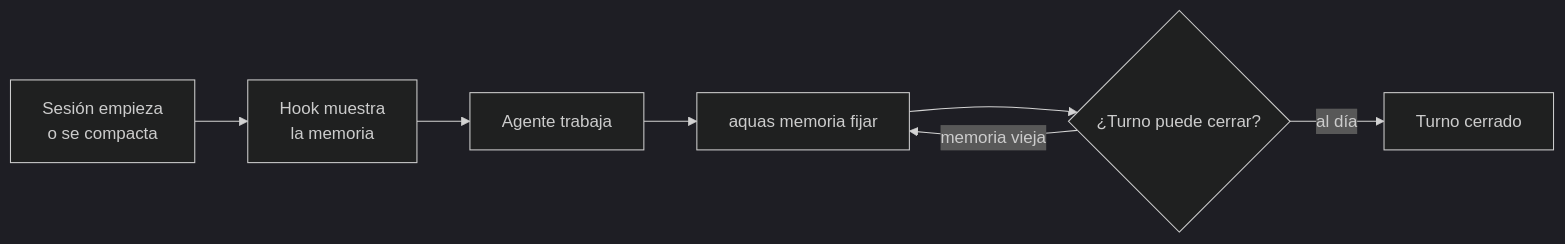
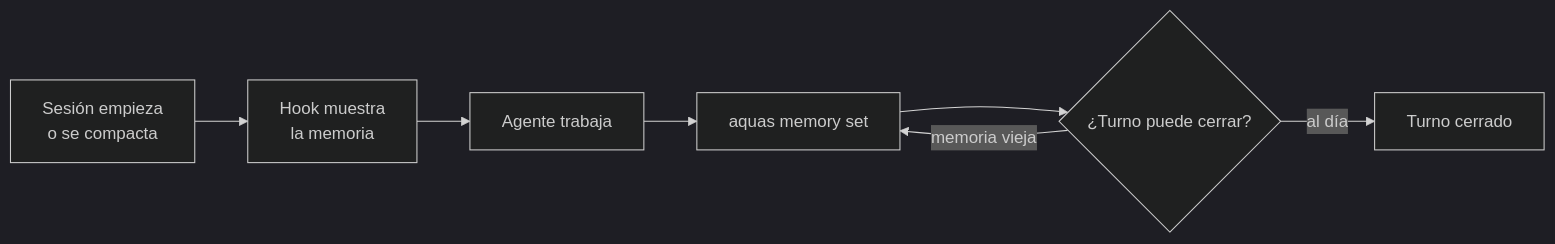
Before and after one commit to jliberal-aquas/aquas-central-harness-government: the first of 3 diagrams in docs/E001/F005/README.md, drawn with Mermaid (dark theme). The commit also changed other lines of this file and 184 other files, not shown here.

````diff
--- a/docs/E001/F005/README.md
+++ b/docs/E001/F005/README.md
@@ -37,9 +37,9 @@
 ```mermaid
 flowchart LR
     I["Sesión empieza<br/>o se compacta"] --> V["Hook muestra<br/>la memoria"]
     V --> T["Agente trabaja"]
-    T --> F["aquas memoria fijar"]
+    T --> F["aquas memory set"]
     F --> C{"¿Turno puede cerrar?"}
     C -- "memoria vieja" --> F
     C -- "al día" --> X["Turno cerrado"]
 ```
````
